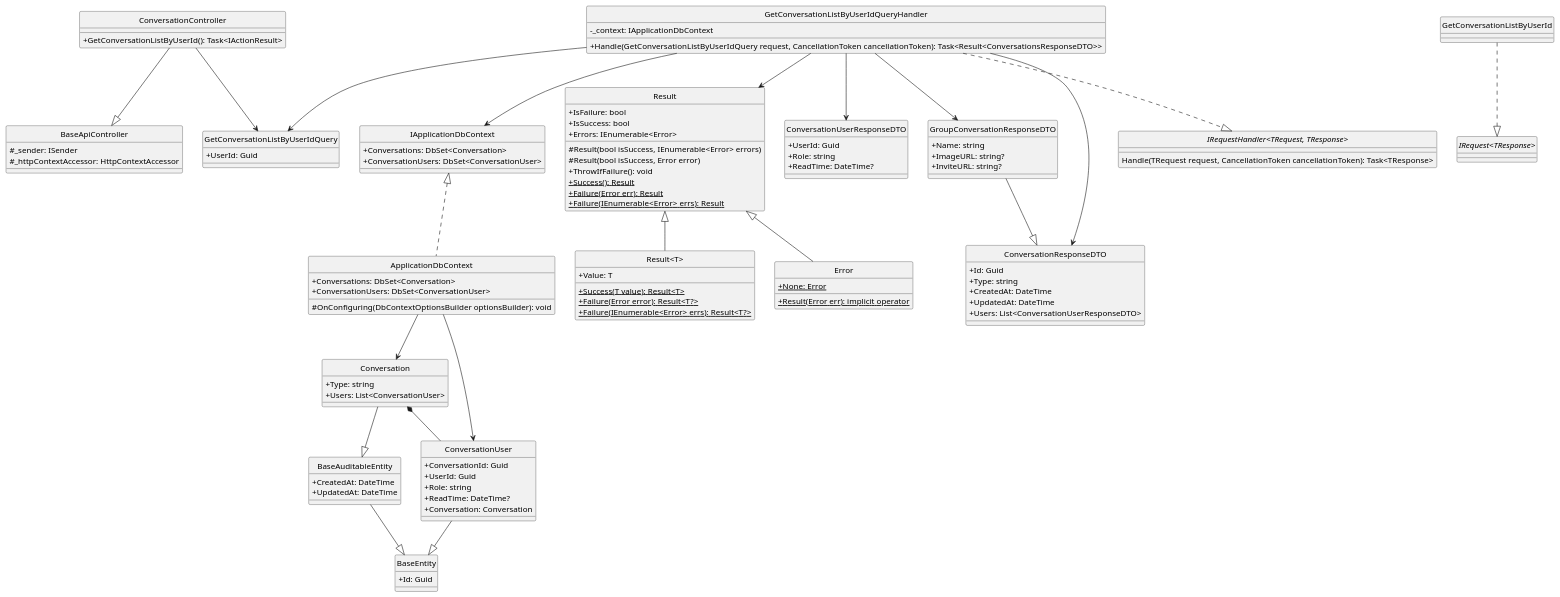
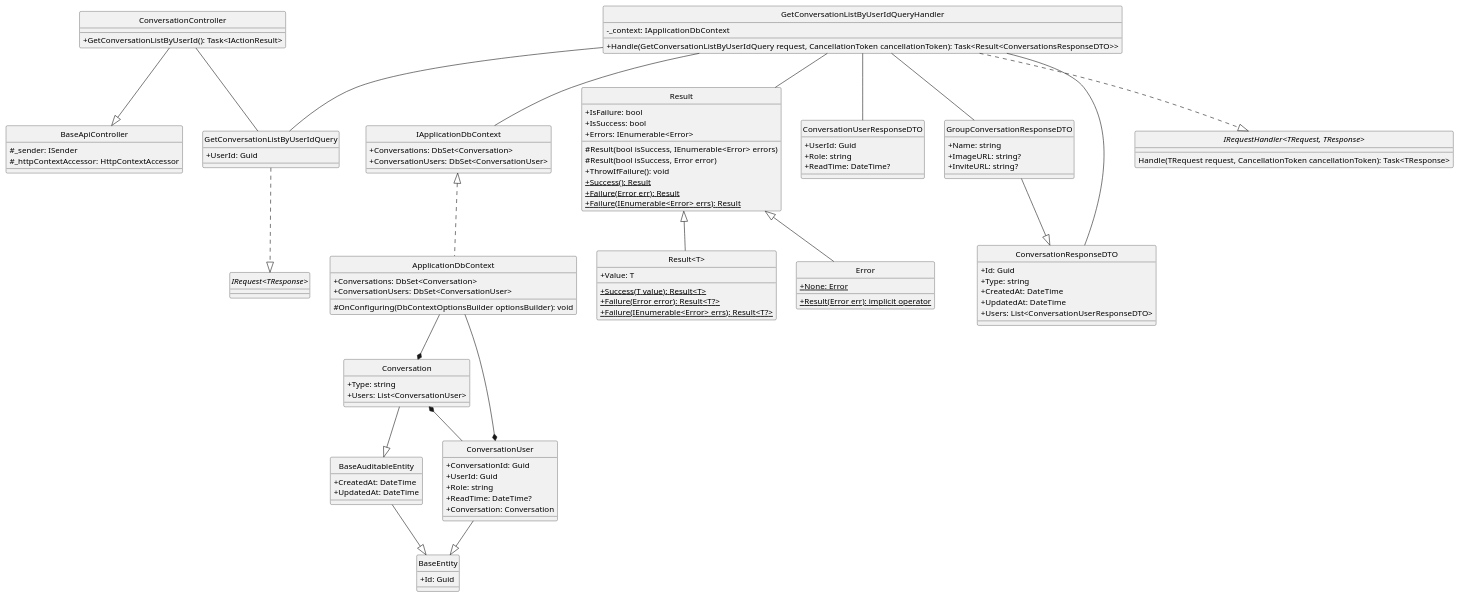
One commit to Carl-Johnsons/Chat-Application changed the diagram in docs/Class Diagram/Conversation/GetConversationListByUserId/ClassDiagram.plantuml. Above: the diagram before and after it, drawn with PlantUML. The commit also changed 5 other files, not shown here.

Commit message:
update diagram

```diff
--- a/docs/Class Diagram/Conversation/GetConversationListByUserId/ClassDiagram.plantuml
+++ b/docs/Class Diagram/Conversation/GetConversationListByUserId/ClassDiagram.plantuml
@@ -1,130 +1,130 @@
 @startuml getConversationListByUserId
 hide circle
 skinparam classAttributeIconSize 0
 
 class BaseApiController {
     #_sender: ISender
     #_httpContextAccessor: HttpContextAccessor 
 }
 
 class ConversationController {
     +GetConversationListByUserId(): Task<IActionResult>
 }
 
 class GetConversationListByUserIdQuery {
     +UserId: Guid
 }
 
 class GetConversationListByUserIdQueryHandler {
     -_context: IApplicationDbContext
     +Handle(GetConversationListByUserIdQuery request, CancellationToken cancellationToken): Task<Result<ConversationsResponseDTO>>
 }
 
 class IApplicationDbContext {
     +Conversations: DbSet<Conversation>
     +ConversationUsers: DbSet<ConversationUser>
 }
 
 class ApplicationDbContext {
     +Conversations: DbSet<Conversation>
     +ConversationUsers: DbSet<ConversationUser>
     #OnConfiguring(DbContextOptionsBuilder optionsBuilder): void
 }
 
 class Result {
     +IsFailure: bool
     +IsSuccess: bool
     +Errors: IEnumerable<Error>
     #Result(bool isSuccess, IEnumerable<Error> errors)
     #Result(bool isSuccess, Error error)
     +ThrowIfFailure(): void
     +{static} Success(): Result 
     +{static} Failure(Error err): Result
     +{static} Failure(IEnumerable<Error> errs): Result
 }
 
 class "Result<T>" {
     +Value: T
     +{static} Success(T value): Result<T>
     +{static} Failure(Error error): Result<T?>
     +{static} Failure(IEnumerable<Error> errs): Result<T?>
 }
 
 class Error {
     +{static} None: Error
     +{static} Result(Error err): implicit operator
 }
 
 class ConversationUserResponseDTO {
     +UserId: Guid
     +Role: string
     +ReadTime: DateTime?
 }
 
 class GroupConversationResponseDTO {
     +Name: string
     +ImageURL: string? 
     +InviteURL: string? 
 }
 
 class ConversationResponseDTO {
     +Id: Guid
     +Type: string
     +CreatedAt: DateTime 
     +UpdatedAt: DateTime
     +Users: List<ConversationUserResponseDTO>
 }
 
 class BaseEntity {
     +Id: Guid
 }
 
 class BaseAuditableEntity{
     +CreatedAt: DateTime
     +UpdatedAt: DateTime
 }
 
 class Conversation {
     +Type: string
     +Users: List<ConversationUser>
 }
 
 class ConversationUser {
     +ConversationId: Guid
     +UserId: Guid
     +Role: string 
     +ReadTime: DateTime?
     +Conversation: Conversation
 }
 
 interface "IRequest<TResponse>"
 interface "IRequestHandler<TRequest, TResponse>"{
     Handle(TRequest request, CancellationToken cancellationToken): Task<TResponse>
 }
 
 '==== Get Conversation List By User Id ====
 'API Layer
 ConversationController --|> BaseApiController
-ConversationController --> GetConversationListByUserIdQuery
+ConversationController -- GetConversationListByUserIdQuery
 'Application Layer
-GetConversationListByUserId ..|> "IRequest<TResponse>"
+GetConversationListByUserIdQuery ..|> "IRequest<TResponse>"
 GetConversationListByUserIdQueryHandler ..|> "IRequestHandler<TRequest, TResponse>"
-GetConversationListByUserIdQueryHandler --> GetConversationListByUserIdQuery
-GetConversationListByUserIdQueryHandler --> Result
-GetConversationListByUserIdQueryHandler --> IApplicationDbContext
-GetConversationListByUserIdQueryHandler --> ConversationUserResponseDTO
-GetConversationListByUserIdQueryHandler --> ConversationResponseDTO
-GetConversationListByUserIdQueryHandler --> GroupConversationResponseDTO
+GetConversationListByUserIdQueryHandler -- GetConversationListByUserIdQuery
+GetConversationListByUserIdQueryHandler -- Result
+GetConversationListByUserIdQueryHandler -- IApplicationDbContext
+GetConversationListByUserIdQueryHandler -- ConversationUserResponseDTO
+GetConversationListByUserIdQueryHandler -- ConversationResponseDTO
+GetConversationListByUserIdQueryHandler -- GroupConversationResponseDTO
 'Domain Layer
 GroupConversationResponseDTO --|> ConversationResponseDTO
 Result <|-- Error
 Result <|-- "Result<T>"
 ConversationUser --|> BaseEntity
 Conversation --|> BaseAuditableEntity
 Conversation *-- ConversationUser
 BaseAuditableEntity --|>BaseEntity
 'Infrastructure Layer
 IApplicationDbContext <|.. ApplicationDbContext
-ApplicationDbContext --> ConversationUser
-ApplicationDbContext --> Conversation
+ApplicationDbContext --* ConversationUser
+ApplicationDbContext --* Conversation
 @enduml
```
